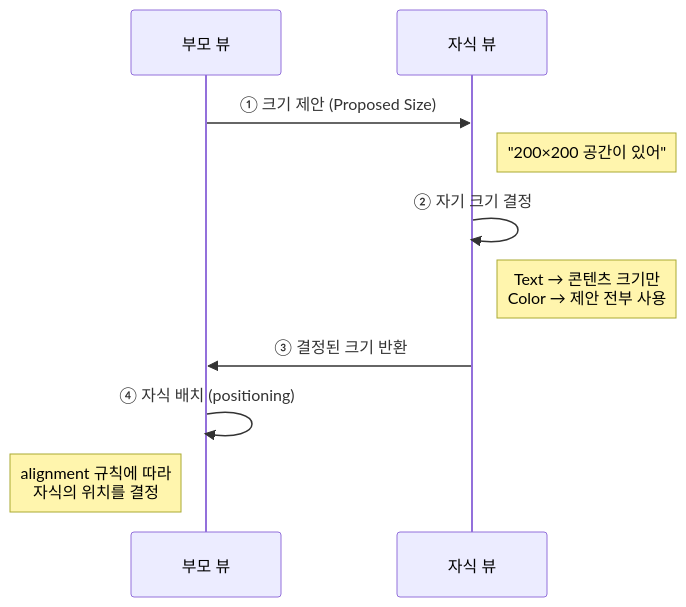
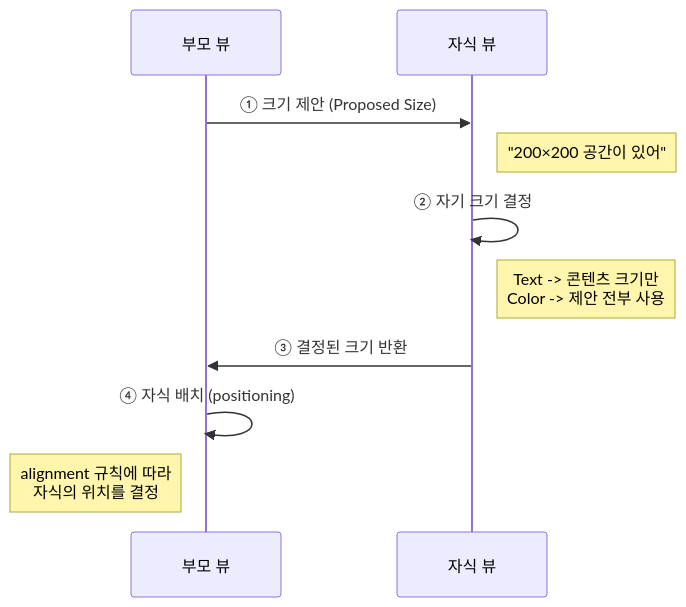
One commit to jsonpassion/forge-tutorial-swift changed the third of 3 diagrams in 03-swiftui-start/04-layout.md. Above: the diagram before and after it, drawn with Mermaid. The commit also changed 69 other files, not shown here.

````diff
--- a/03-swiftui-start/04-layout.md
+++ b/03-swiftui-start/04-layout.md
@@ -497,12 +497,12 @@
 ```mermaid
 sequenceDiagram
     participant P as 부모 뷰
     participant C as 자식 뷰
     P->>C: ① 크기 제안 (Proposed Size)
     Note right of C: "200×200 공간이 있어"
     C->>C: ② 자기 크기 결정
-    Note right of C: Text → 콘텐츠 크기만<br/>Color → 제안 전부 사용
+    Note right of C: Text -> 콘텐츠 크기만<br/>Color -> 제안 전부 사용
     C->>P: ③ 결정된 크기 반환
     P->>P: ④ 자식 배치 (positioning)
     Note left of P: alignment 규칙에 따라<br/>자식의 위치를 결정
 ```
````
